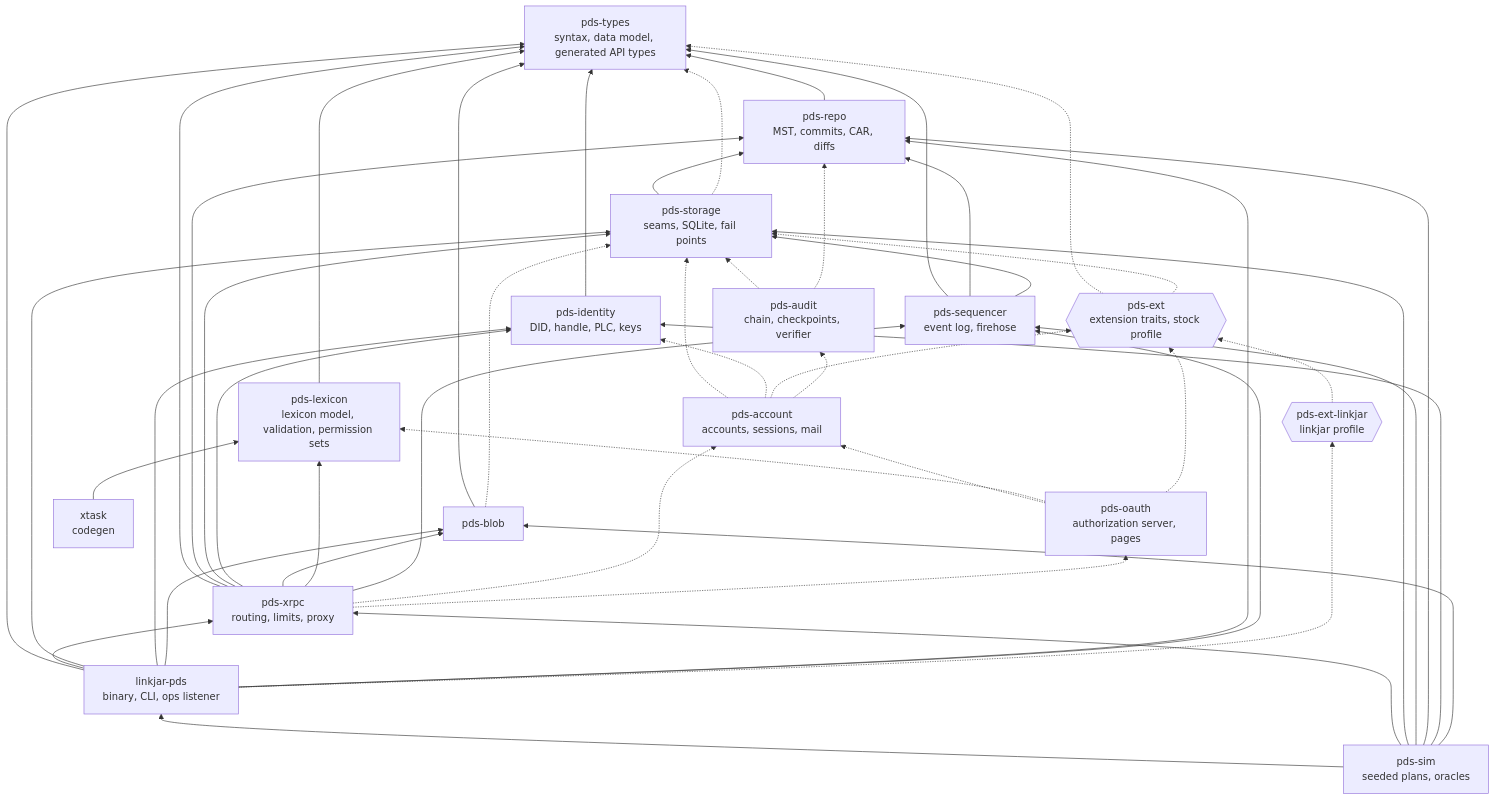
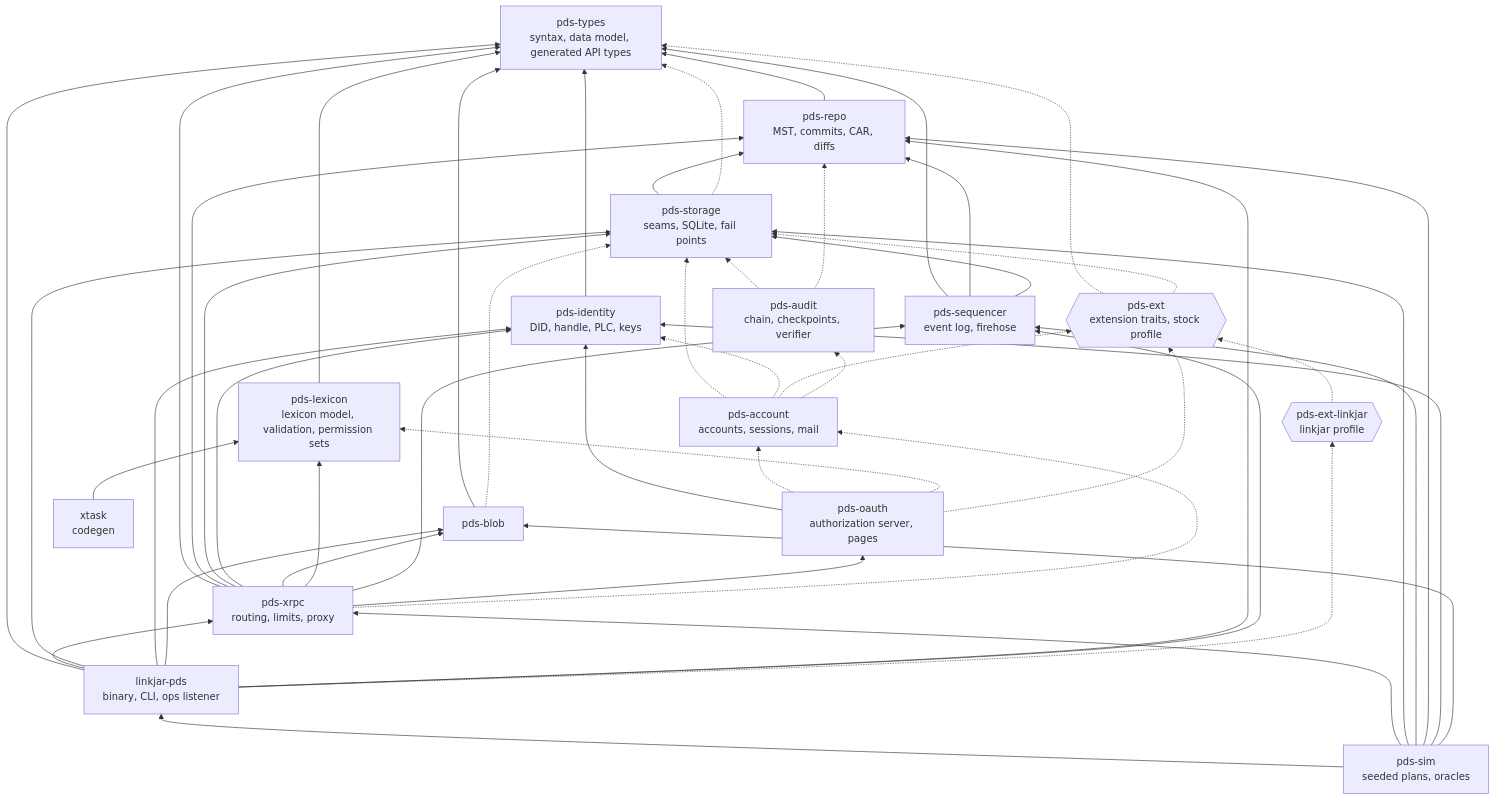
Before and after one commit to linkjar/pds: the diagram in docs/architecture/diagrams/03-crates.mmd, drawn with Mermaid. The commit also changed 11 other files, not shown here.

```diff
--- a/docs/architecture/diagrams/03-crates.mmd
+++ b/docs/architecture/diagrams/03-crates.mmd
@@ -1,36 +1,37 @@
 flowchart BT
   types[pds-types<br/>syntax, data model, generated API types]
   lexicon[pds-lexicon<br/>lexicon model, validation, permission sets]
   repo[pds-repo<br/>MST, commits, CAR, diffs]
   storage[pds-storage<br/>seams, SQLite, fail points]
   blob[pds-blob]
   identity[pds-identity<br/>DID, handle, PLC, keys]
   sequencer[pds-sequencer<br/>event log, firehose]
   account[pds-account<br/>accounts, sessions, mail]
   oauth[pds-oauth<br/>authorization server, pages]
   audit[pds-audit<br/>chain, checkpoints, verifier]
   xrpc[pds-xrpc<br/>routing, limits, proxy]
   ext{{pds-ext<br/>extension traits, stock profile}}
   linkjar{{pds-ext-linkjar<br/>linkjar profile}}
   sim[pds-sim<br/>seeded plans, oracles]
   bin[linkjar-pds<br/>binary, CLI, ops listener]
   xtask[xtask<br/>codegen]
   lexicon --> types
   repo --> types
   storage --> repo
   storage -.-> types
   blob --> types
   blob -.-> storage
   identity --> types
   sequencer --> types & repo & storage
   account -.-> storage & identity & ext & audit
+  oauth --> identity
   oauth -.-> account & lexicon & ext
   audit -.-> storage & repo
-  xrpc --> types & repo & storage & identity & blob & lexicon & sequencer
-  xrpc -.-> account & oauth
+  xrpc --> types & repo & storage & identity & blob & lexicon & sequencer & oauth
+  xrpc -.-> account
   ext -.-> types & storage
   linkjar -.-> ext
   sim --> bin & xrpc & storage & sequencer & repo & identity & blob
   bin --> types & xrpc & storage & identity & blob & repo & sequencer
   bin -.-> linkjar
   xtask --> lexicon
```
